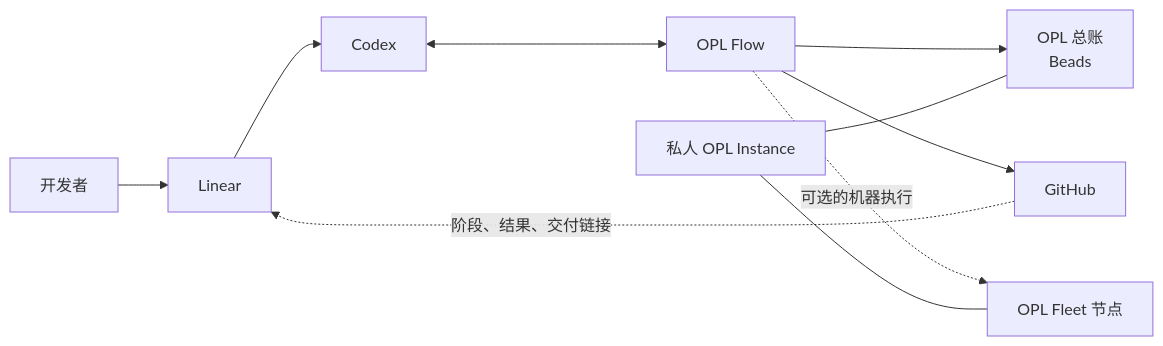
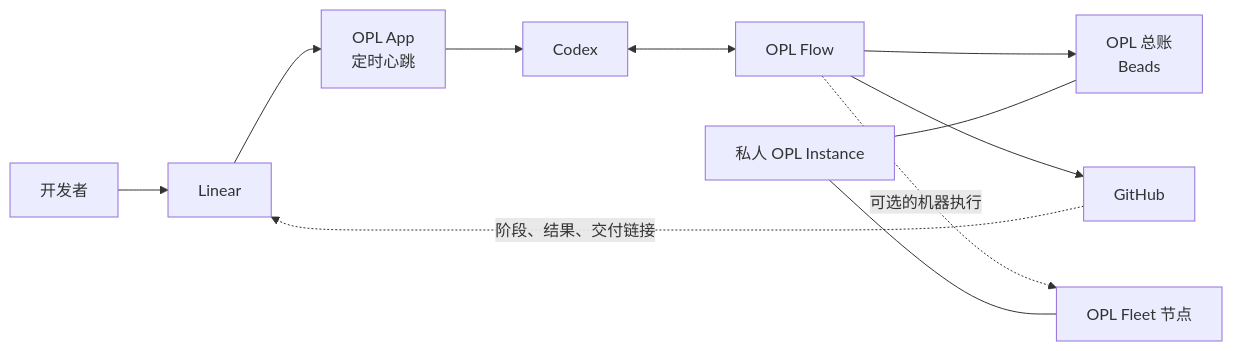
One commit to gaofeng21cn/opl-flow changed the diagram in README.zh-CN.md. Above: the diagram before and after it, drawn with Mermaid. The commit also changed other lines of this file and 3 other files, not shown here.

Commit message:
docs: route Linear intake through local OPL App

````diff
--- a/README.zh-CN.md
+++ b/README.zh-CN.md
@@ -41,12 +41,13 @@
 ```mermaid
 flowchart LR
     U[开发者] --> L[Linear]
-    L --> C[Codex]
+    L --> A[OPL App<br/>定时心跳]
+    A --> C[Codex]
     C <--> F[OPL Flow]
     F --> B[OPL 总账<br/>Beads]
     F --> G[GitHub]
     F -. 可选的机器执行 .-> N[OPL Fleet 节点]
     G -. 阶段、结果、交付链接 .-> L
     I[私人 OPL Instance] --- B
     I --- N
 ```
````
